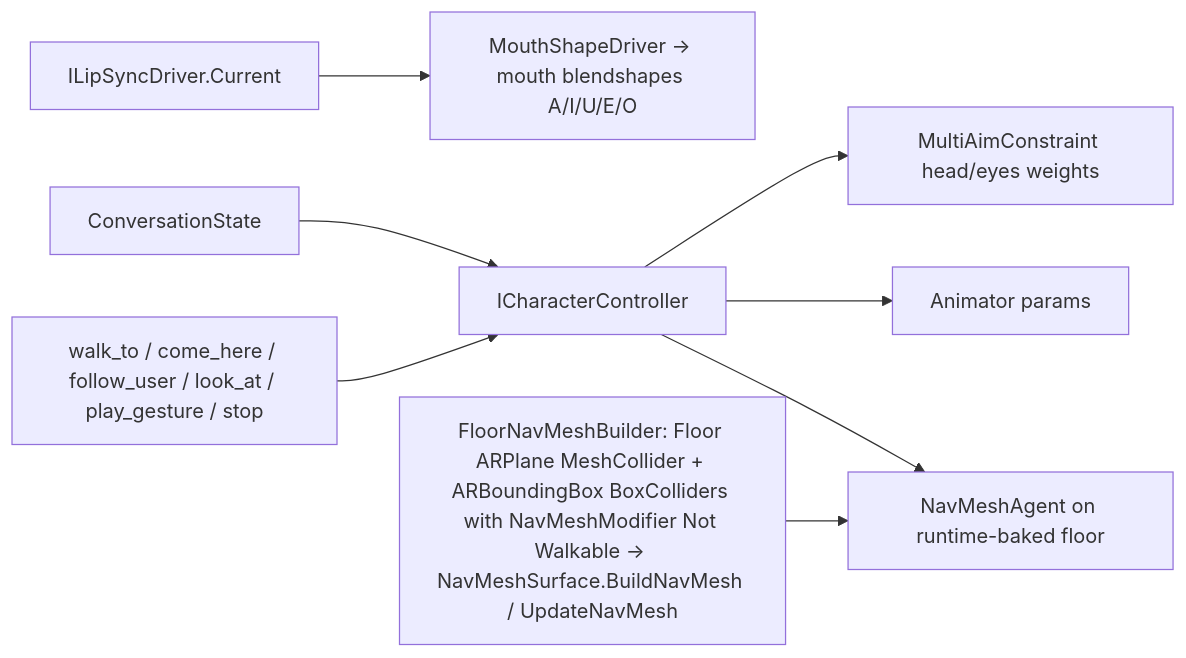
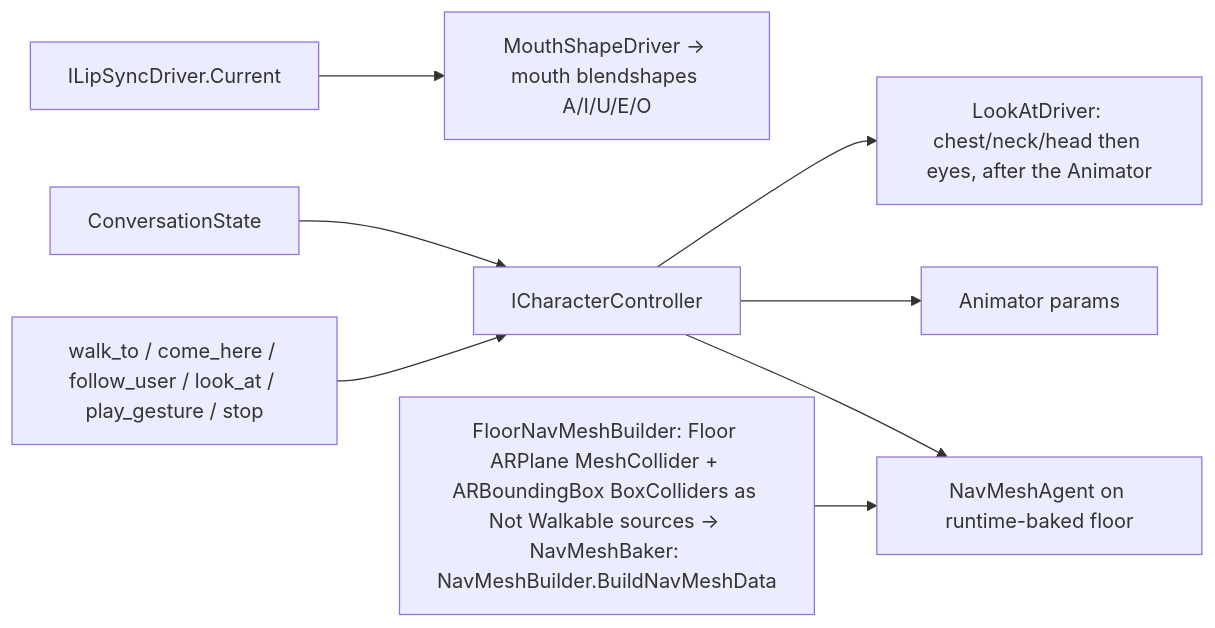
The sixth of 7 diagrams in docs/architecture.md (ImageekCompany/nubi-mixed-reality-ai-companion), drawn with Mermaid before and after one commit. The commit also changed other lines of this file and 2 other files, not shown here.

First line of the commit message:
docs(architecture): ADR-0017 and amendments for WP1-WP10 deviations

````diff
--- a/docs/architecture.md
+++ b/docs/architecture.md
@@ -280,10 +281,10 @@
 ```mermaid
 graph LR
   Tools[walk_to / come_here / follow_user / look_at / play_gesture / stop] --> CC[ICharacterController]
   Conv[ConversationState] --> CC
   Lip[ILipSyncDriver.Current] --> Mouth[MouthShapeDriver → mouth blendshapes A/I/U/E/O]
   CC --> Agent[NavMeshAgent on runtime-baked floor]
   CC --> Anim[Animator params]
-  CC --> Rig[MultiAimConstraint head/eyes weights]
-  Floor[FloorNavMeshBuilder: Floor ARPlane MeshCollider + ARBoundingBox BoxColliders with NavMeshModifier Not Walkable → NavMeshSurface.BuildNavMesh / UpdateNavMesh] --> Agent
+  CC --> Look[LookAtDriver: chest/neck/head then eyes, after the Animator]
+  Floor[FloorNavMeshBuilder: Floor ARPlane MeshCollider + ARBoundingBox BoxColliders as Not Walkable sources → NavMeshBaker: NavMeshBuilder.BuildNavMeshData] --> Agent
 ```
````
